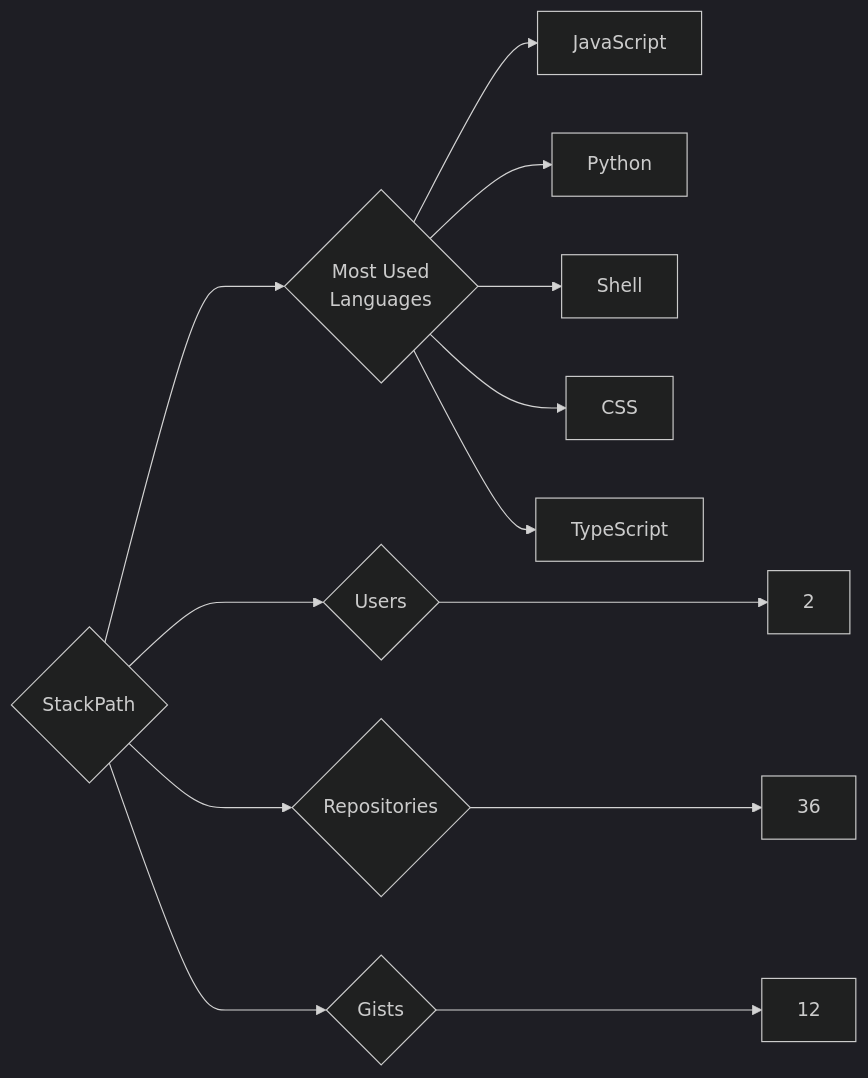
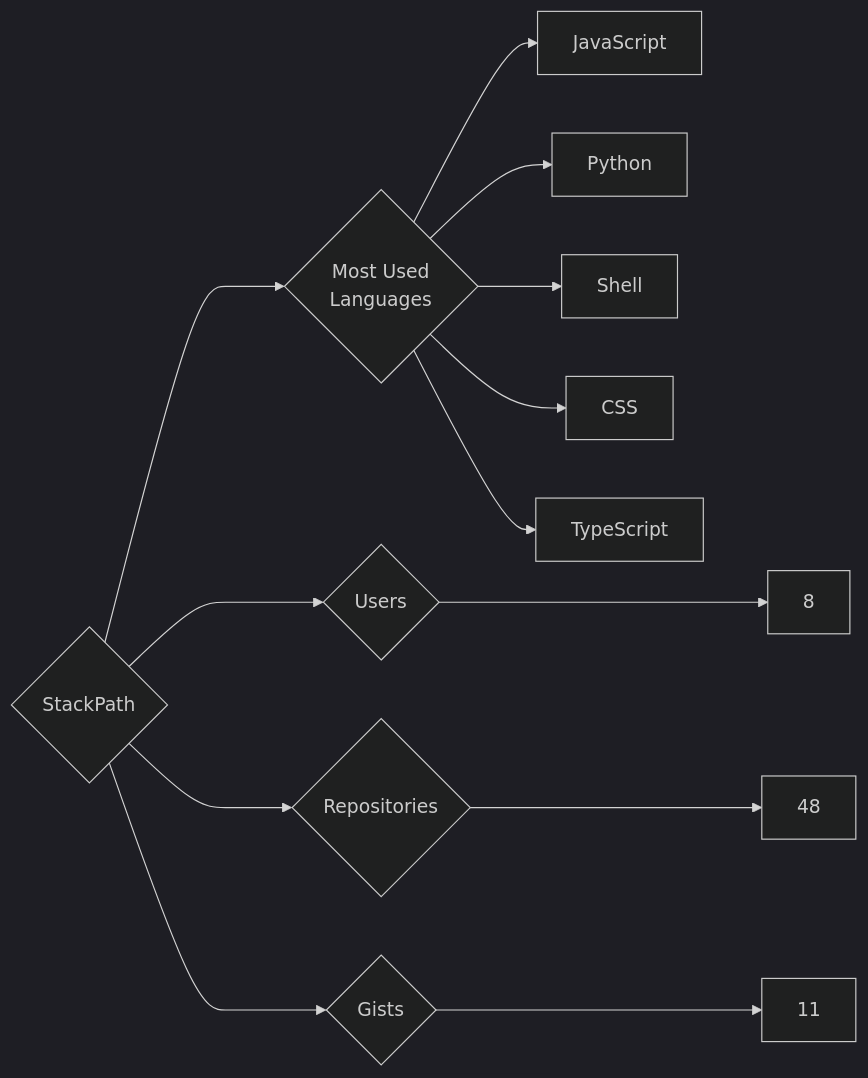
Before and after one commit to trickest/insiders: the diagram in targets/StackPath/README.md, drawn with Mermaid (dark theme). The commit also changed 534 other files, not shown here.

````diff
--- a/targets/StackPath/README.md
+++ b/targets/StackPath/README.md
@@ -3,13 +3,13 @@
 ```mermaid
 graph LR
 COMPANY_NAME{StackPath}
-COMPANY_NAME ---> U{Users} ---> UN[2]
-COMPANY_NAME ---> R{Repositories} ---> RN[36]
-COMPANY_NAME ---> G{Gists} ---> GN[12]
+COMPANY_NAME ---> U{Users} ---> UN[8]
+COMPANY_NAME ---> R{Repositories} ---> RN[48]
+COMPANY_NAME ---> G{Gists} ---> GN[11]
 COMPANY_NAME ---> ML{Most Used<br>Languages}
 ML --> JavaScript[JavaScript]
 ML --> Python[Python]
 ML --> Shell[Shell]
 ML --> CSS[CSS]
 ML --> TypeScript[TypeScript]
 ```
````
